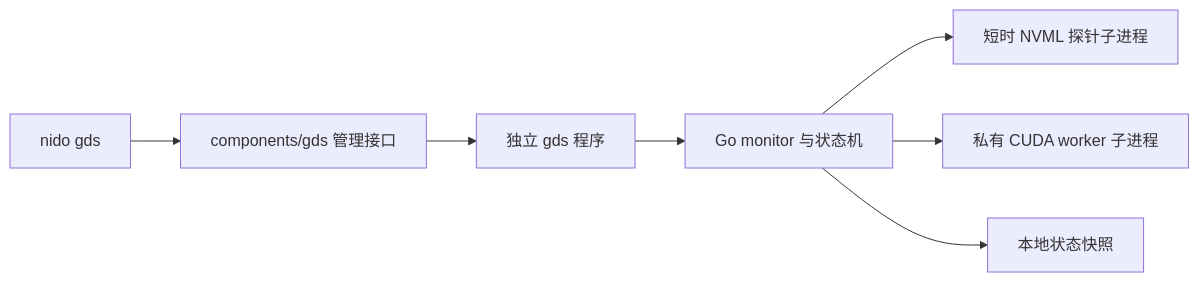
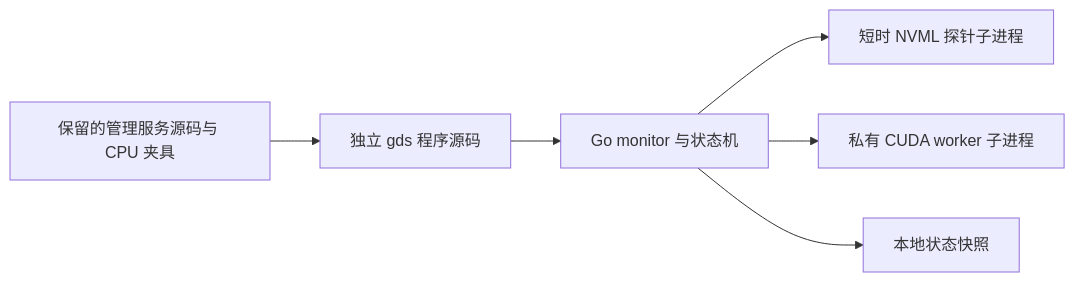
One commit to MiracleHYH/CDEToolkit changed the diagram in docs/gds-design.md. Above: the diagram before and after it, drawn with Mermaid. The commit also changed other lines of this file and 332 other files, not shown here.

````diff
--- a/docs/gds-design.md
+++ b/docs/gds-design.md
@@ -40,9 +34,8 @@
 ```mermaid
 flowchart LR
-    CLI["nido gds"] --> Manager["components/gds 管理接口"]
-    Manager --> Program["独立 gds 程序"]
+    Manager["保留的管理服务源码与 CPU 夹具"] --> Program["独立 gds 程序源码"]
     Program --> Monitor["Go monitor 与状态机"]
     Monitor --> Probe["短时 NVML 探针子进程"]
     Monitor --> Worker["私有 CUDA worker 子进程"]
     Monitor --> Snapshot["本地状态快照"]
 ```
````
